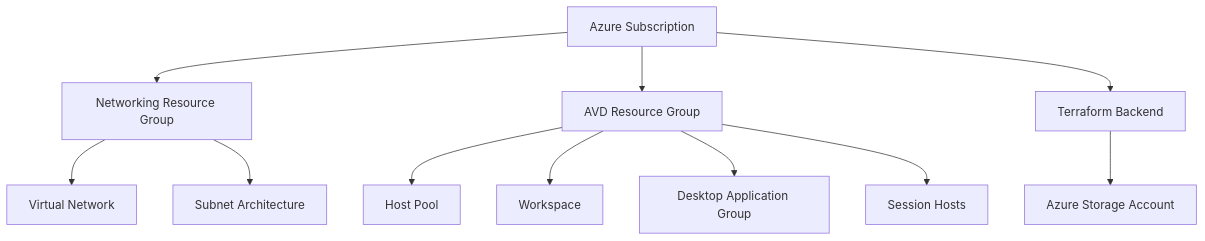
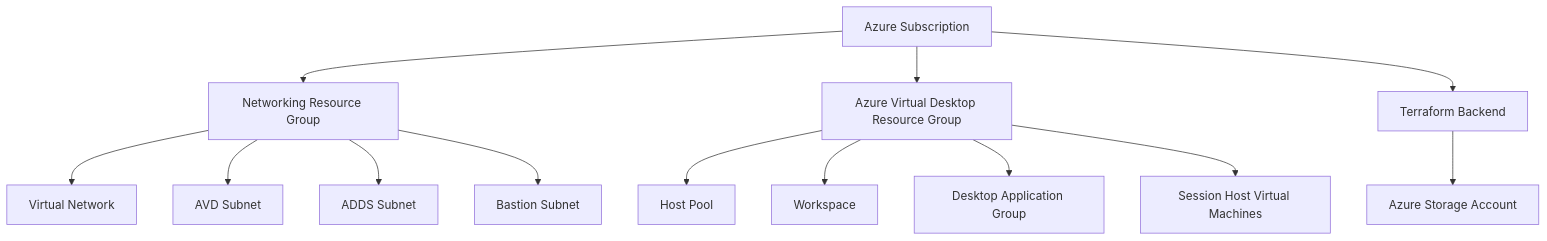
One commit to darshanthenge03-cloud/customer-dalberg-avd changed the diagram in README.md. Above: the diagram before and after it, drawn with Mermaid.

Commit message:
Revise architecture diagram in README.md
Updated high-level architecture diagram in README.md to reflect changes in Azure Virtual Desktop resource group and subnet architecture.

````diff
--- a/README.md
+++ b/README.md
@@ -82,17 +82,21 @@
 ```mermaid
-flowchart TD
+flowchart TB
 
-    A[Azure Subscription] --> B[Networking Resource Group]
-    A --> C[AVD Resource Group]
+    A[Azure Subscription]
+
+    A --> B[Networking Resource Group]
+    A --> C[Azure Virtual Desktop Resource Group]
     A --> D[Terraform Backend]
 
     B --> E[Virtual Network]
-    B --> F[Subnet Architecture]
+    B --> F[AVD Subnet]
+    B --> G[ADDS Subnet]
+    B --> H[Bastion Subnet]
 
-    C --> G[Host Pool]
-    C --> H[Workspace]
-    C --> I[Desktop Application Group]
-    C --> J[Session Hosts]
+    C --> I[Host Pool]
+    C --> J[Workspace]
+    C --> K[Desktop Application Group]
+    C --> L[Session Host Virtual Machines]
 
-    D --> K[Azure Storage Account]
+    D --> M[Azure Storage Account]
 ```
````
